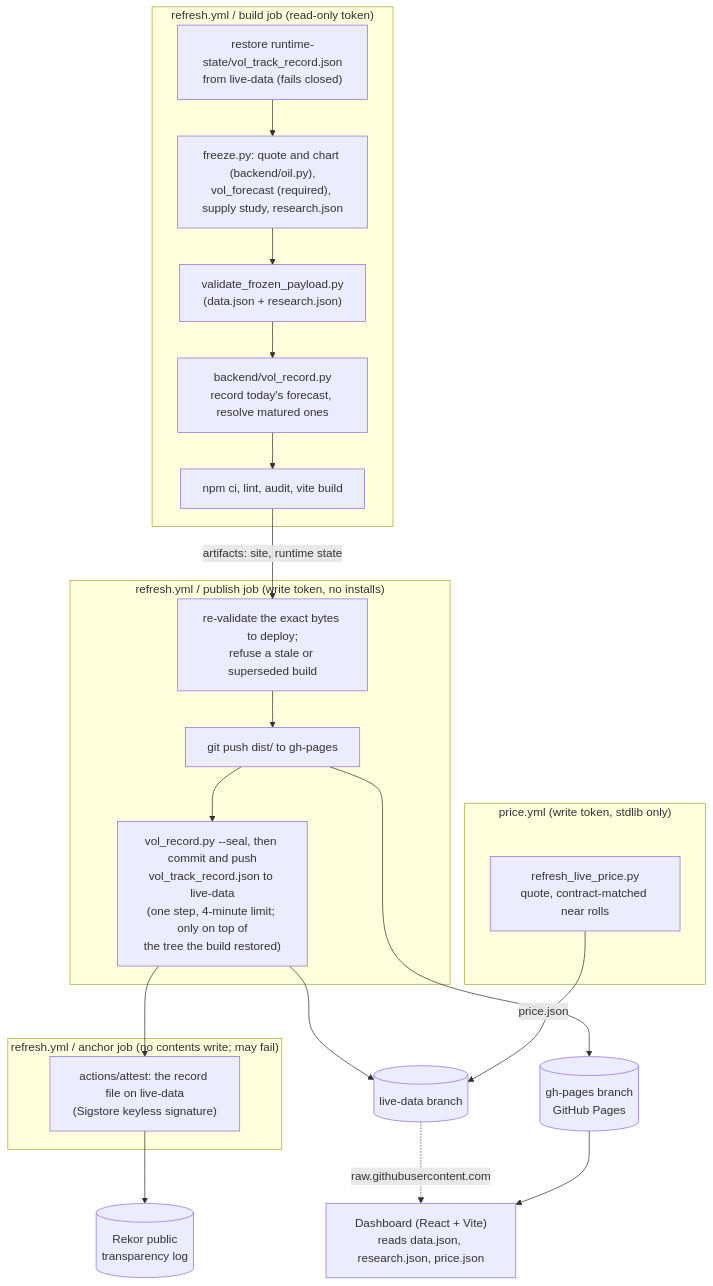
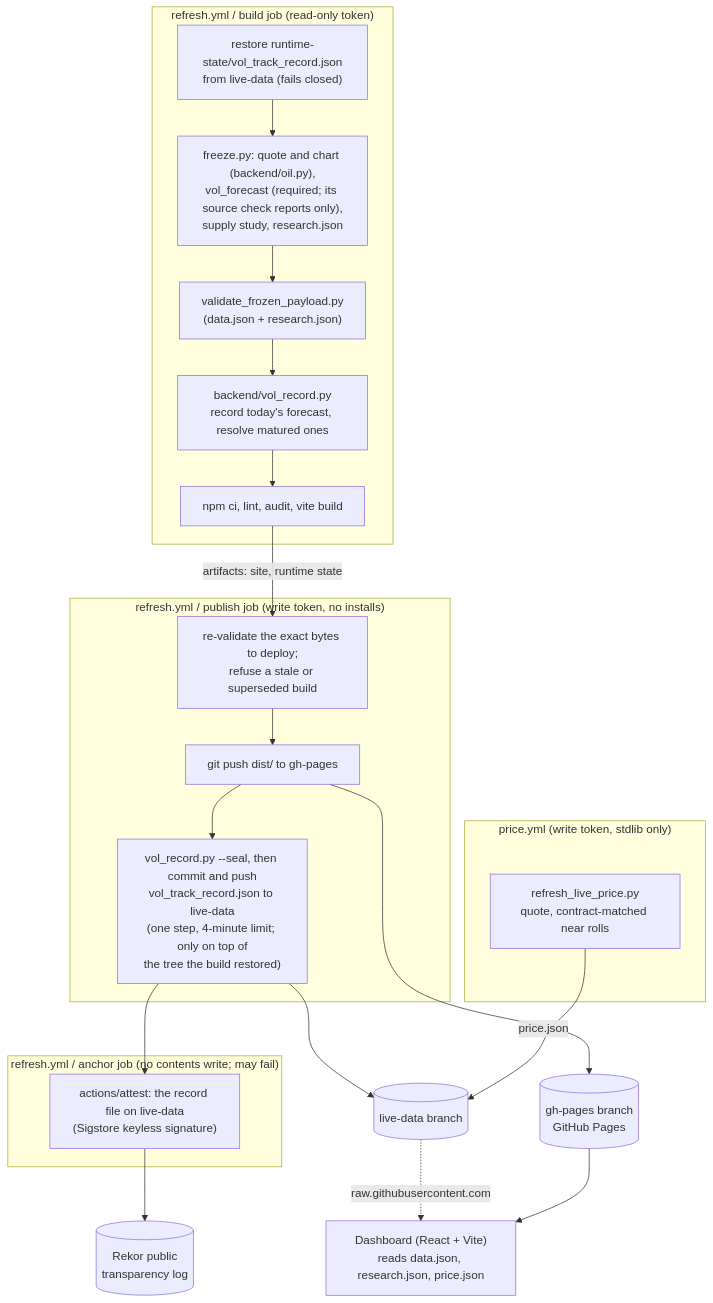
Before and after one commit to NavnoorBawa/WTI-Crude-Oil-Futures: the second of 2 diagrams in docs/ARCHITECTURE.md, drawn with Mermaid. The commit also changed other lines of this file and 19 other files, not shown here.

First line of the commit message:
Prices: a report-only freeze-time check of the live CL=F closes (ROADMAP 1.7, second part) (#93)

````diff
--- a/docs/ARCHITECTURE.md
+++ b/docs/ARCHITECTURE.md
@@ -74,30 +74,30 @@
 ```mermaid
 flowchart TB
     subgraph build["refresh.yml / build job (read-only token)"]
         R1["restore runtime-state/vol_track_record.json<br/>from live-data (fails closed)"]
-        F1["freeze.py: quote and chart (backend/oil.py),<br/>vol_forecast (required), supply study, research.json"]
+        F1["freeze.py: quote and chart (backend/oil.py),<br/>vol_forecast (required; its source check reports only),<br/>supply study, research.json"]
         V1["validate_frozen_payload.py<br/>(data.json + research.json)"]
         VR["backend/vol_record.py<br/>record today's forecast, resolve matured ones"]
         NB["npm ci, lint, audit, vite build"]
         R1 --> F1 --> V1 --> VR --> NB
     end
     subgraph publish["refresh.yml / publish job (write token, no installs)"]
         P1["re-validate the exact bytes to deploy;<br/>refuse a stale or superseded build"]
         P2["git push dist/ to gh-pages"]
         P3["vol_record.py --seal, then commit and push<br/>vol_track_record.json to live-data<br/>(one step, 4-minute limit; only on top of<br/>the tree the build restored)"]
         P1 --> P2 --> P3
     end
     subgraph anchor["refresh.yml / anchor job (no contents write; may fail)"]
         AT["actions/attest: the record file on live-data<br/>(Sigstore keyless signature)"]
     end
     P3 --> AT --> RK[("Rekor public<br/>transparency log")]
     NB -- "artifacts: site, runtime state" --> P1
     subgraph price["price.yml (write token, stdlib only)"]
         Q["refresh_live_price.py<br/>quote, contract-matched near rolls"]
     end
     Q -- "price.json" --> LD[("live-data branch")]
     P3 --> LD
     P2 --> GP[("gh-pages branch<br/>GitHub Pages")]
     GP --> UI["Dashboard (React + Vite)<br/>reads data.json, research.json, price.json"]
     LD -. "raw.githubusercontent.com" .-> UI
 ```
````
